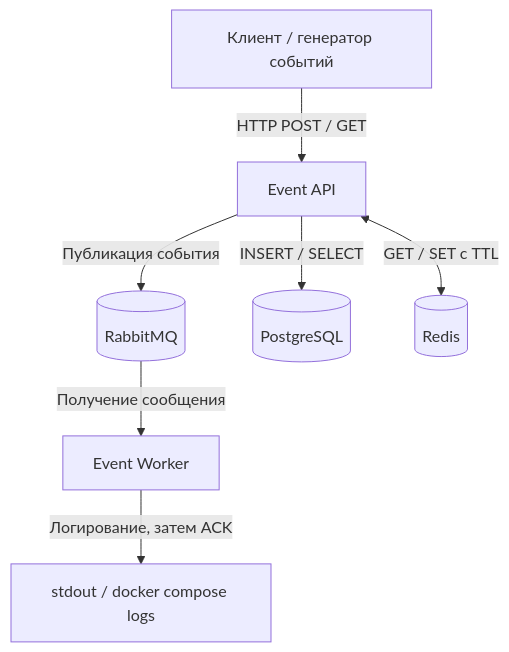
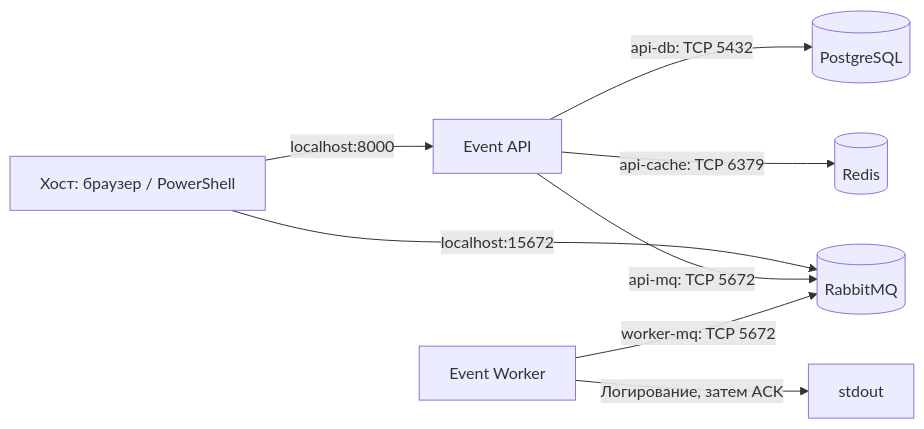
The second of 2 diagrams in README.md (yalkar/security-event-processing-system), drawn with Mermaid before and after one commit. The commit also changed other lines of this file and 10 other files, not shown here.

````diff
--- a/README.md
+++ b/README.md
@@ -48,9 +48,10 @@
 ```mermaid
-flowchart TD
-    Source["Клиент / генератор событий"] -->|"HTTP POST / GET"| API["Event API"]
-    API -->|"Публикация события"| MQ[("RabbitMQ")]
-    MQ -->|"Получение сообщения"| Worker["Event Worker"]
-    API -->|"INSERT / SELECT"| DB[("PostgreSQL")]
-    API <-->|"GET / SET с TTL"| Cache[("Redis")]
-    Worker -->|"Логирование, затем ACK"| Logs["stdout / docker compose logs"]
+flowchart LR
+    Client["Хост: браузер / PowerShell"] -->|"localhost:8000"| API["Event API"]
+    Client -->|"localhost:15672"| MQ[("RabbitMQ")]
+    API -->|"api-db: TCP 5432"| DB[("PostgreSQL")]
+    API -->|"api-cache: TCP 6379"| Cache[("Redis")]
+    API -->|"api-mq: TCP 5672"| MQ
+    Worker["Event Worker"] -->|"worker-mq: TCP 5672"| MQ
+    Worker -->|"Логирование, затем ACK"| Logs["stdout"]
 ```
````
